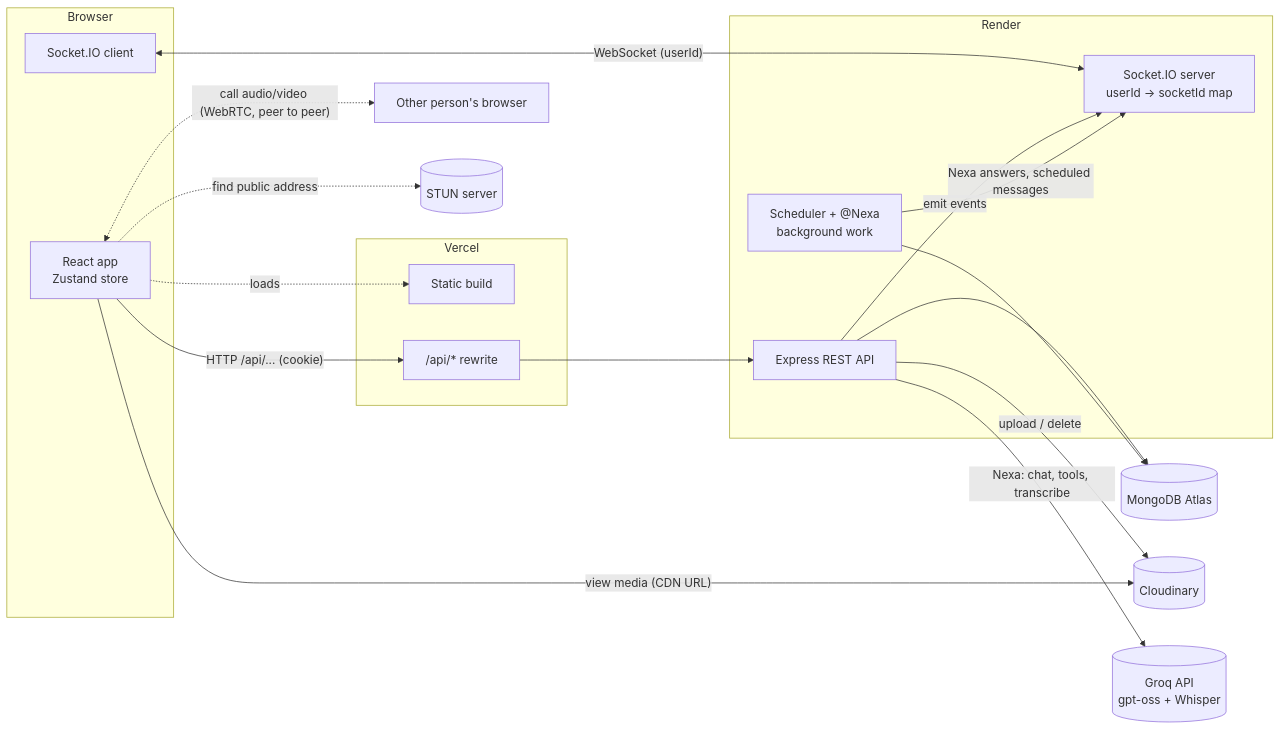
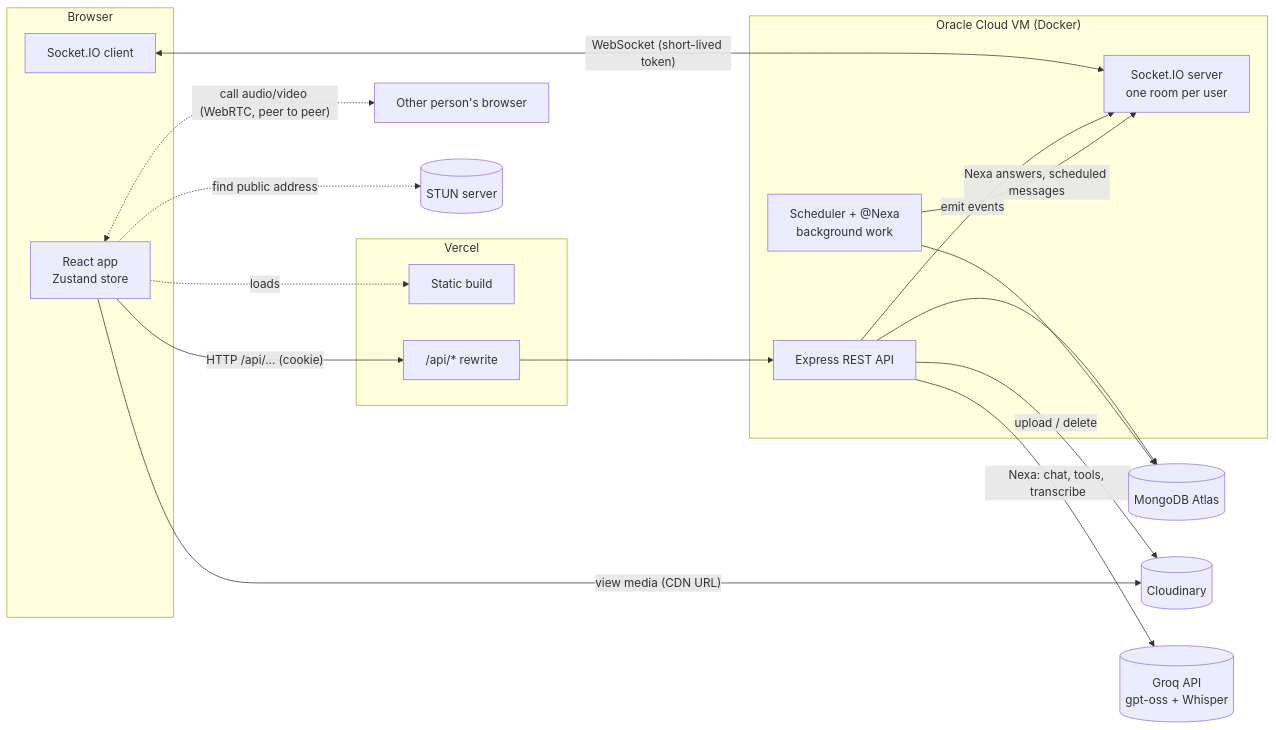
One commit to Arjun-SN04/Kova changed the first of 5 diagrams in README.md. Above: the diagram before and after it, drawn with Mermaid. The commit also changed other lines of this file and 60 other files, not shown here.

````diff
--- a/README.md
+++ b/README.md
@@ -284,35 +309,35 @@
 ```mermaid
 flowchart LR
     subgraph Browser
         UI[React app<br/>Zustand store]
         SC[Socket.IO client]
     end
 
     subgraph Vercel
         STATIC[Static build]
         PROXY["/api/* rewrite"]
     end
 
-    subgraph Render
+    subgraph VM["Oracle Cloud VM (Docker)"]
         API[Express REST API]
-        IO[Socket.IO server<br/>userId → socketId map]
+        IO[Socket.IO server<br/>one room per user]
         JOBS[Scheduler + @Nexa<br/>background work]
     end
 
     DB[(MongoDB Atlas)]
     CDN[(Cloudinary)]
     GROQ[(Groq API<br/>gpt-oss + Whisper)]
 
     UI -- "HTTP /api/... (cookie)" --> PROXY --> API
     UI -. loads .-> STATIC
-    SC <-- "WebSocket (userId)" --> IO
+    SC <-- "WebSocket (short-lived token)" --> IO
     API --> DB
     API -- "upload / delete" --> CDN
     UI -- "view media (CDN URL)" --> CDN
     API -- "emit events" --> IO
     API -- "Nexa: chat, tools, transcribe" --> GROQ
     JOBS --> DB
     JOBS -- "Nexa answers, scheduled messages" --> IO
     UI <-. "call audio/video (WebRTC, peer to peer)" .-> PEER[Other person's browser]
     UI -. "find public address" .-> STUN[(STUN server)]
 ```
````
